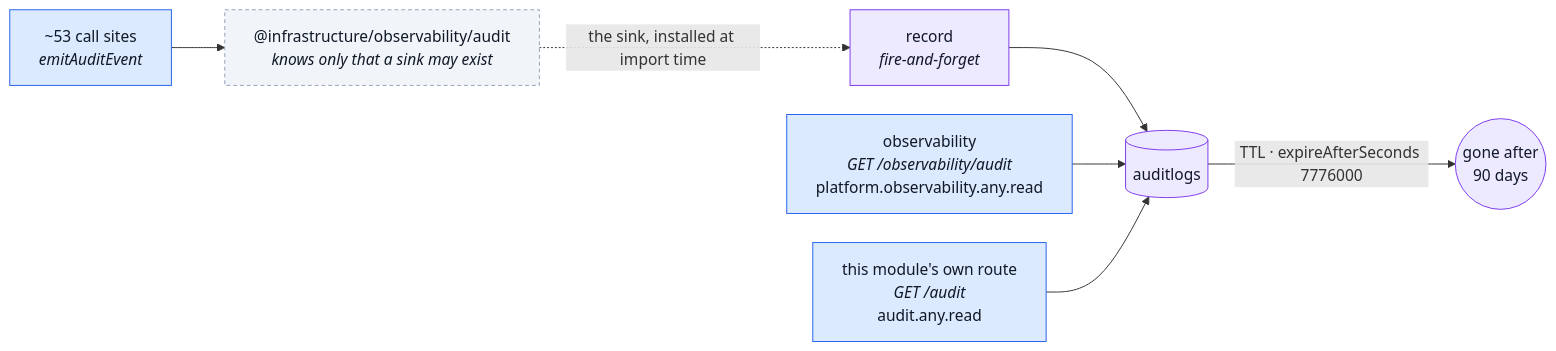
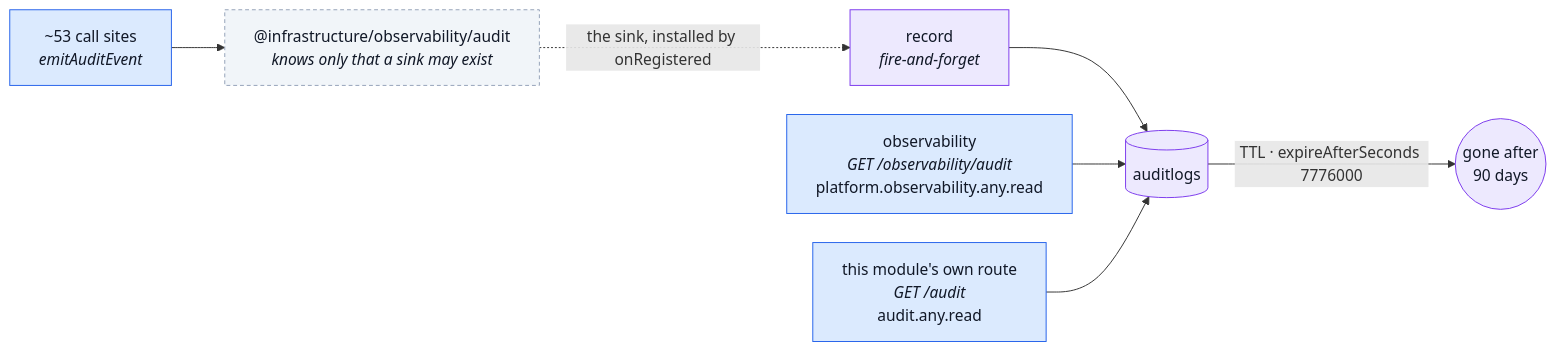
Before and after one commit to Guebbit/boilerplate-node-backend: the second of 2 diagrams in docs/modules/audit-logs.md, drawn with Mermaid. The commit also changed other lines of this file and 13 other files, not shown here.

````diff
--- a/docs/modules/audit-logs.md
+++ b/docs/modules/audit-logs.md
@@ -95,17 +98,17 @@
 ```mermaid
 %%{init: {'flowchart': {'nodeSpacing': 30, 'rankSpacing': 55}}}%%
 flowchart LR
     C["~53 call sites<br/><i>emitAuditEvent</i>"] --> P["@infrastructure/observability/audit<br/><i>knows only that a sink may exist</i>"]
-    P -.->|"the sink, installed at import time"| R["record<br/><i>fire-and-forget</i>"]
+    P -.->|"the sink, installed by onRegistered"| R["record<br/><i>fire-and-forget</i>"]
     R --> M[("auditlogs")]
     M -->|"TTL · expireAfterSeconds 7776000"| X(("gone after<br/>90 days"))
     O["observability<br/><i>GET /observability/audit</i><br/>platform.observability.any.read"] --> M
     S["this module's own route<br/><i>GET /audit</i><br/>audit.any.read"] --> M
 
     classDef caller fill:#dbeafe,stroke:#2563eb,color:#111827;
     classDef seam fill:#f1f5f9,stroke:#94a3b8,color:#111827,stroke-dasharray:4 3;
     classDef own fill:#ede9fe,stroke:#7c3aed,color:#111827;
     class C,O,S caller;
     class P seam;
     class R,M,X own;
 ```
````
